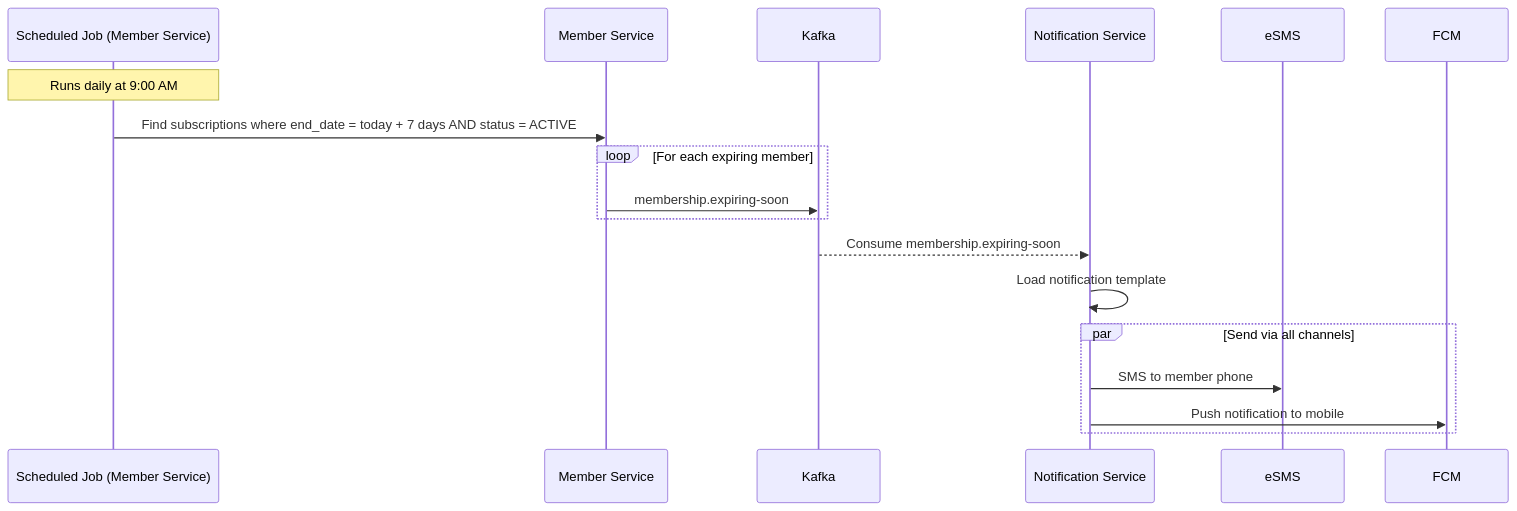
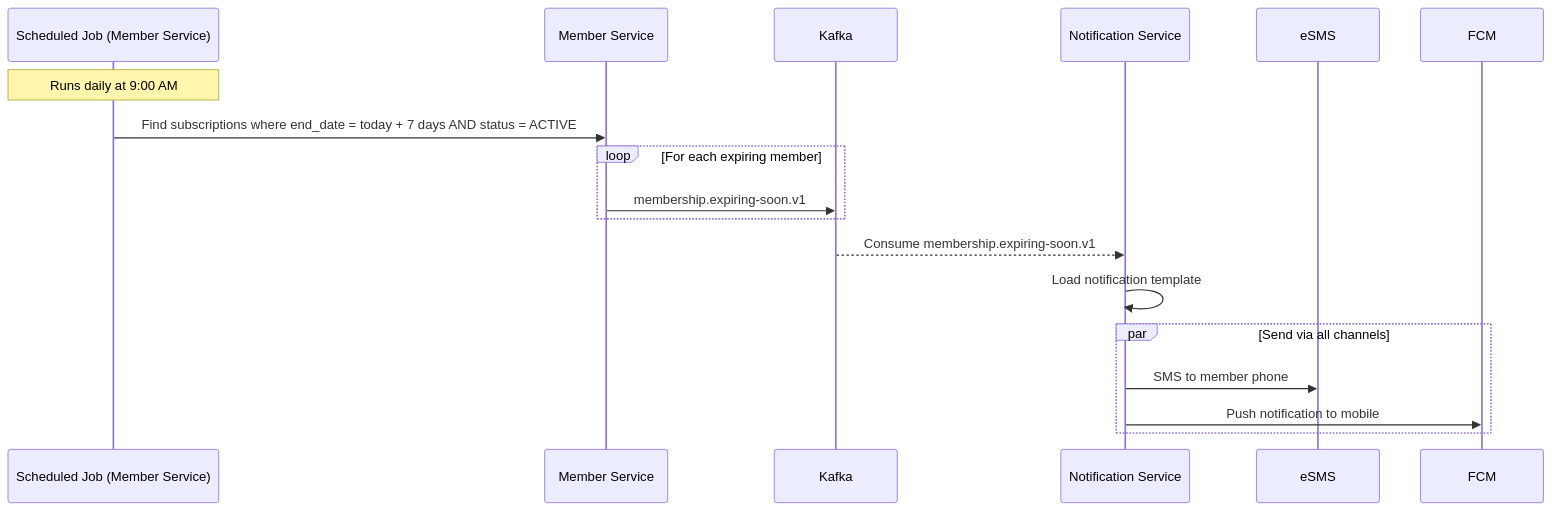
Diagram 12 of 15 in flows/01-business-flows.md (pploc/gym-architect), drawn with Mermaid before and after one commit. The commit also changed other lines of this file and 15 other files, not shown here.

````diff
--- a/flows/01-business-flows.md
+++ b/flows/01-business-flows.md
@@ -448,26 +465,26 @@
 ```mermaid
 sequenceDiagram
     participant CRON as Scheduled Job (Member Service)
     participant MS as Member Service
     participant KF as Kafka
     participant NS as Notification Service
     participant SMS as eSMS
     participant PUSH as FCM
 
     Note over CRON: Runs daily at 9:00 AM
 
     CRON->>MS: Find subscriptions where end_date = today + 7 days AND status = ACTIVE
 
     loop For each expiring member
-        MS->>KF: membership.expiring-soon
+        MS->>KF: membership.expiring-soon.v1
     end
 
-    KF-->>NS: Consume membership.expiring-soon
+    KF-->>NS: Consume membership.expiring-soon.v1
 
     NS->>NS: Load notification template
 
     par Send via all channels
         NS->>SMS: SMS to member phone
         NS->>PUSH: Push notification to mobile
     end
 ```
````
